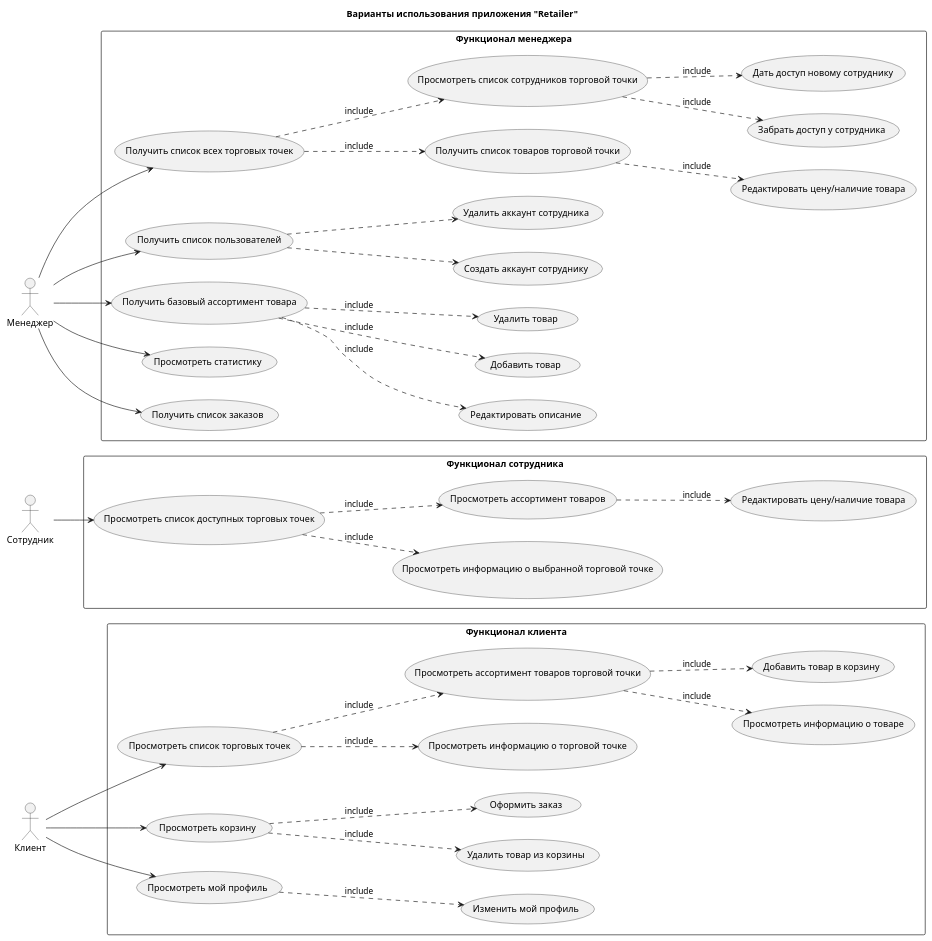
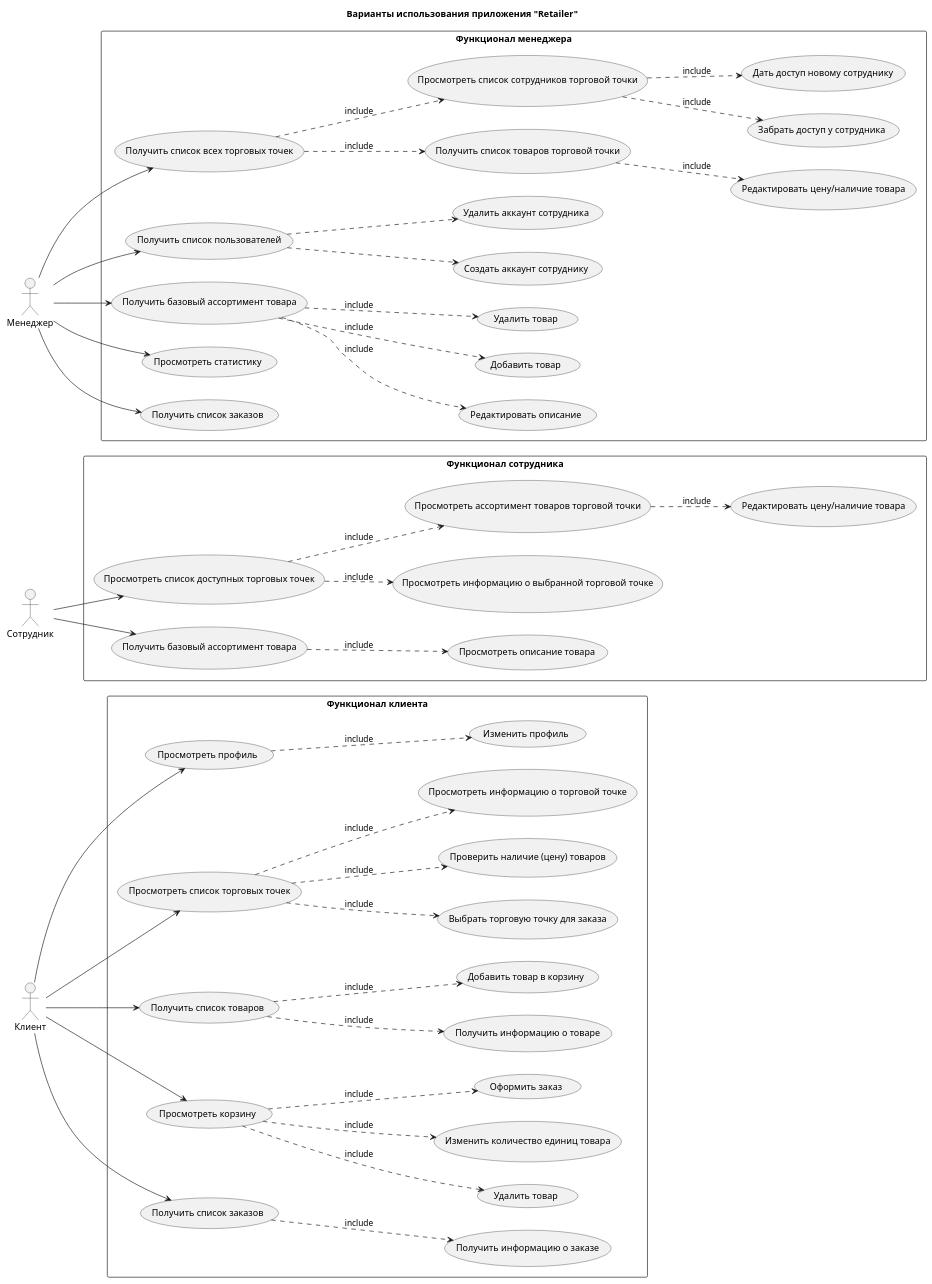
One commit to ivaaahn/retailer changed the diagram in docs/usecase-retailer.puml. Above: the diagram before and after it, drawn with PlantUML. The commit also changed 11 other files, not shown here.

```diff
--- a/docs/usecase-retailer.puml
+++ b/docs/usecase-retailer.puml
@@ -1,92 +1,113 @@
 @startuml "Retailer"
 
 title Варианты использования приложения "Retailer"
 
 left to right direction
 
 actor :Клиент: as Cli
 actor :Сотрудник: as Staff
 actor :Менеджер: as Admin
 
 
 rectangle "Функционал клиента" {
+    usecase "Просмотреть профиль" as CheckProfile
+    usecase "Изменить профиль" as UpdateProfile
+
     usecase "Просмотреть список торговых точек" as ShopList
+    usecase "Выбрать торговую точку для заказа" as ChooseShop
+    usecase "Проверить наличие (цену) товаров" as ShopProductsInfo
     usecase "Просмотреть информацию о торговой точке" as ShopInfo
-    usecase "Просмотреть ассортимент товаров торговой точки" as ShopProductsInfo
-    usecase "Просмотреть информацию о товаре" as ShopProductInfo
+
+    usecase "Получить список товаров" as CliProductsListInfo
+    usecase "Получить информацию о товаре" as ShopProductInfo
     usecase "Добавить товар в корзину" as AddProductToCart
-    usecase "Удалить товар из корзины" as RemoveProductFromCart
-    usecase "Просмотреть корзину" as CartInfo
+
+    usecase "Просмотреть корзину" as CheckCart
+    usecase "Удалить товар" as RemoveProductFromCart
+    usecase "Изменить количество единиц товара" as EditProductInCart
     usecase "Оформить заказ" as ApplyOrder
-    usecase "Просмотреть мой профиль" as CheckProfile
-    usecase "Изменить мой профиль" as UpdateProfile
+
+    usecase "Получить список заказов" as OrdersList
+    usecase "Получить информацию о заказе" as OrderInfo
 }
 
 rectangle "Функционал сотрудника" {
     usecase "Просмотреть список доступных торговых точек" as StaffShopList
     usecase "Просмотреть информацию о выбранной торговой точке" as StaffShopInfo
-    usecase "Просмотреть ассортимент товаров" as StaffShopProductsInfo
+    usecase "Просмотреть ассортимент товаров торговой точки" as StaffShopProductsInfo
+    usecase "Получить базовый ассортимент товара" as StaffProductListInfo
+    usecase "Просмотреть описание товара" as StaffProductInfo
     usecase "Редактировать цену/наличие товара" as StaffProductEdit
 }
 
 rectangle "Функционал менеджера" {
     usecase "Получить список всех торговых точек" as AdminShopList
 	usecase "Получить список товаров торговой точки" as AdminShopInfo
 	usecase "Редактировать цену/наличие товара" as AdminProductEdit
     usecase "Просмотреть список сотрудников торговой точки" as AdminShopStaffList
     usecase "Забрать доступ у сотрудника" as RevokeStaff
     usecase "Дать доступ новому сотруднику" as GrantStaff
     usecase "Получить список пользователей" as AdminStaffList
     usecase "Создать аккаунт сотруднику" as AdminStaffCreate
     usecase "Удалить аккаунт сотрудника" as AdminStaffRemove
     usecase "Получить базовый ассортимент товара" as AdminProductList
     usecase "Редактировать описание" as AdminEditProduct
     usecase "Добавить товар" as AdminAddProduct
     usecase "Удалить товар" as AdminRemoveProduct
     usecase "Просмотреть статистику" as AdminGetStat
     usecase "Получить список заказов" as AdminOrdersList
 }
 
 
 Admin --> AdminShopList
 AdminShopList ..> AdminShopStaffList : include
 AdminShopStaffList ..> RevokeStaff : include
 AdminShopStaffList ..> GrantStaff : include
 AdminShopList ..> AdminShopInfo : include
 AdminShopInfo ..> AdminProductEdit : include
 
 Admin --> AdminStaffList
 AdminStaffList ..> AdminStaffCreate
 AdminStaffList ..> AdminStaffRemove
 
 Admin --> AdminProductList
 AdminProductList ..> AdminAddProduct : include
 AdminProductList ..> AdminEditProduct : include
 AdminProductList ..> AdminRemoveProduct : include
 
 Admin --> AdminGetStat
 Admin --> AdminOrdersList
 
 
 Staff --> StaffShopList
 StaffShopList ..> StaffShopInfo : include
 StaffShopList ..> StaffShopProductsInfo : include
 
+Staff --> StaffProductListInfo
+StaffProductListInfo ..> StaffProductInfo : include
+
 StaffShopProductsInfo ..> StaffProductEdit : include
 
 
 Cli --> ShopList
 ShopList ..> ShopInfo : include
+ShopList ..> ChooseShop : include
 ShopList ..> ShopProductsInfo : include
-ShopProductsInfo ..> ShopProductInfo : include
-ShopProductsInfo ..> AddProductToCart : include
 
-Cli --> CartInfo
-CartInfo ..> RemoveProductFromCart : include
-CartInfo ..> ApplyOrder : include
+Cli --> CliProductsListInfo
+CliProductsListInfo ..> AddProductToCart : include
+CliProductsListInfo ..> ShopProductInfo : include
+
+Cli --> OrdersList
+OrdersList ..> OrderInfo : include
+
+Cli --> CheckCart
+CheckCart ..> RemoveProductFromCart : include
+CheckCart ..> EditProductInCart : include
+CheckCart ..> ApplyOrder : include
 
 Cli --> CheckProfile
 CheckProfile ..> UpdateProfile : include
 
 
 @enduml
```
